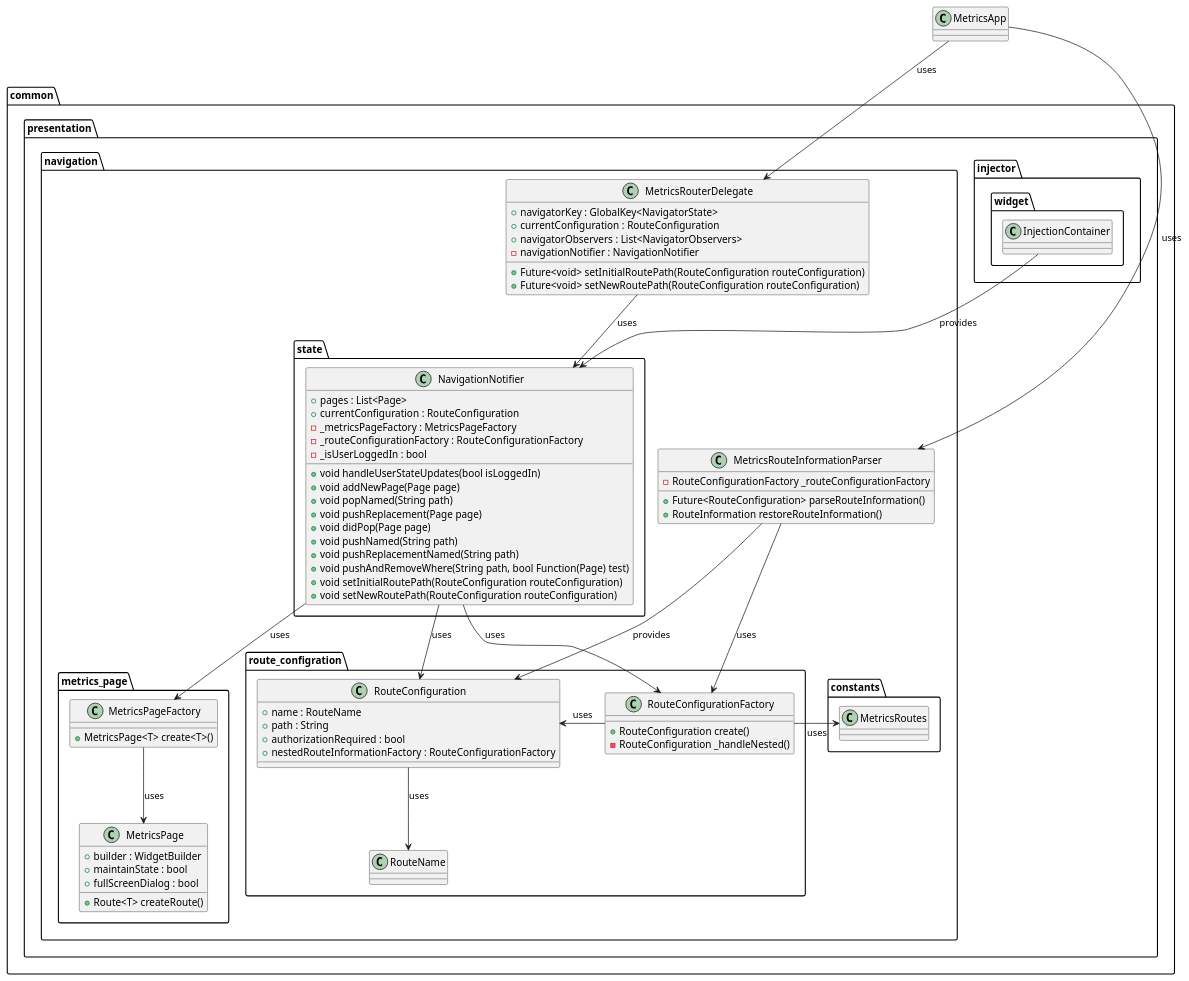
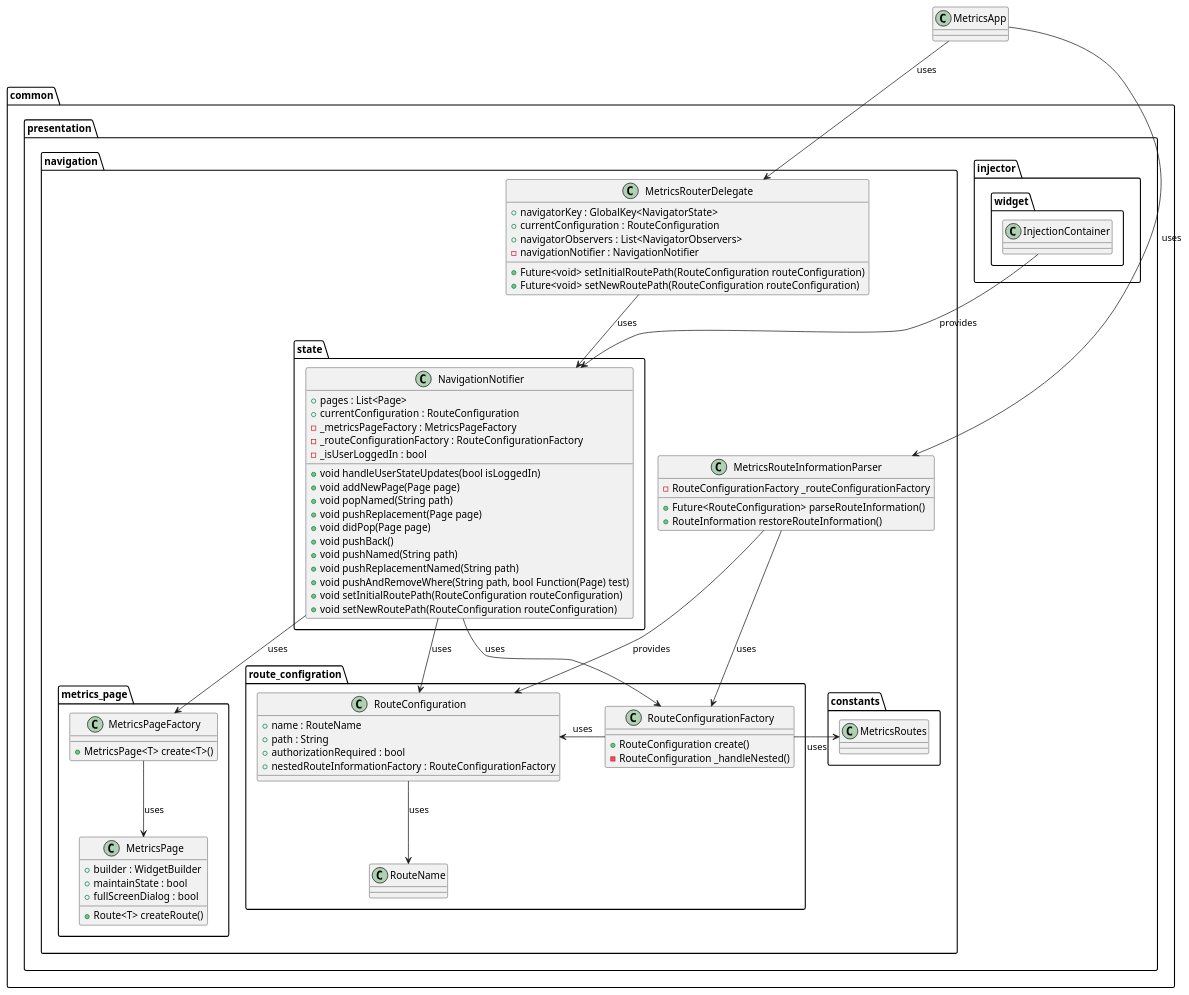
One commit to Flank/flank-dashboard changed the diagram in metrics/web/docs/features/navigation/diagrams/navigation_class_diagram.puml. Above: the diagram before and after it, drawn with PlantUML. The commit also changed 2 other files, not shown here.

```diff
--- a/metrics/web/docs/features/navigation/diagrams/navigation_class_diagram.puml
+++ b/metrics/web/docs/features/navigation/diagrams/navigation_class_diagram.puml
@@ -1,105 +1,106 @@
 @startuml navigation_class_diagram
 
 class MetricsApp {}
 
 package common.presentation {
 
     package injector.widget {
         class InjectionContainer {}
     }
 
     package navigation {
 
         package route_configration {
             class RouteName {
             }
 
             class RouteConfiguration {
                 + name : RouteName
                 + path : String
                 + authorizationRequired : bool
                 + nestedRouteInformationFactory : RouteConfigurationFactory
             }
 
             class RouteConfigurationFactory {
                 + RouteConfiguration create()
                 - RouteConfiguration _handleNested()
             }
         }
         class MetricsRouteInformationParser {
             - RouteConfigurationFactory _routeConfigurationFactory
             + Future<RouteConfiguration> parseRouteInformation()
             + RouteInformation restoreRouteInformation()
         }
         class MetricsRouterDelegate {
             + navigatorKey : GlobalKey<NavigatorState>
             + currentConfiguration : RouteConfiguration
             + navigatorObservers : List<NavigatorObservers>
             - navigationNotifier : NavigationNotifier
             + Future<void> setInitialRoutePath(RouteConfiguration routeConfiguration)
             + Future<void> setNewRoutePath(RouteConfiguration routeConfiguration)
         }
 
         package constants {
             class MetricsRoutes {}
         }
 
         package state {
             class NavigationNotifier {
                 + pages : List<Page>
                 + currentConfiguration : RouteConfiguration
                 - _metricsPageFactory : MetricsPageFactory
                 - _routeConfigurationFactory : RouteConfigurationFactory
                 - _isUserLoggedIn : bool
                 + void handleUserStateUpdates(bool isLoggedIn)
                 + void addNewPage(Page page)
                 + void popNamed(String path)
                 + void pushReplacement(Page page)
                 + void didPop(Page page)
+                + void pushBack()
                 + void pushNamed(String path)
                 + void pushReplacementNamed(String path)
                 + void pushAndRemoveWhere(String path, bool Function(Page) test)
                 + void setInitialRoutePath(RouteConfiguration routeConfiguration)
                 + void setNewRoutePath(RouteConfiguration routeConfiguration)
             }
         }
 
 
         package metrics_page {
             class MetricsPageFactory {
                 + MetricsPage<T> create<T>()
             }
 
             class MetricsPage {
                 + builder : WidgetBuilder
                 + maintainState : bool
                 + fullScreenDialog : bool
                 + Route<T> createRoute()
             }
         }
 
     }
 }
 
 InjectionContainer --> NavigationNotifier : provides
 
 MetricsApp --> MetricsRouteInformationParser :uses
 MetricsApp --> MetricsRouterDelegate : uses
 
 MetricsRouteInformationParser --> RouteConfiguration : provides
 MetricsRouteInformationParser --> RouteConfigurationFactory : uses
 
 RouteConfiguration --> RouteName : uses
 
 RouteConfigurationFactory -> RouteConfiguration : uses
 RouteConfigurationFactory -> MetricsRoutes : uses
 
 MetricsRouterDelegate --> NavigationNotifier : uses
 
 NavigationNotifier --> RouteConfigurationFactory : uses
 NavigationNotifier --> RouteConfiguration : uses
 NavigationNotifier --> MetricsPageFactory : uses
 
 MetricsPageFactory --> MetricsPage : uses
 
 @enduml
```
